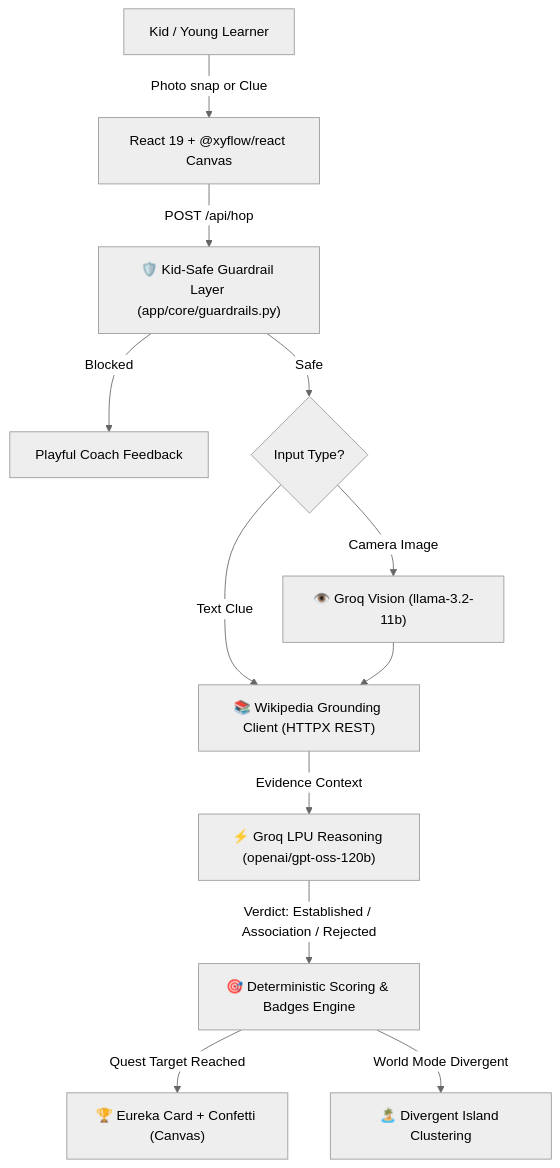
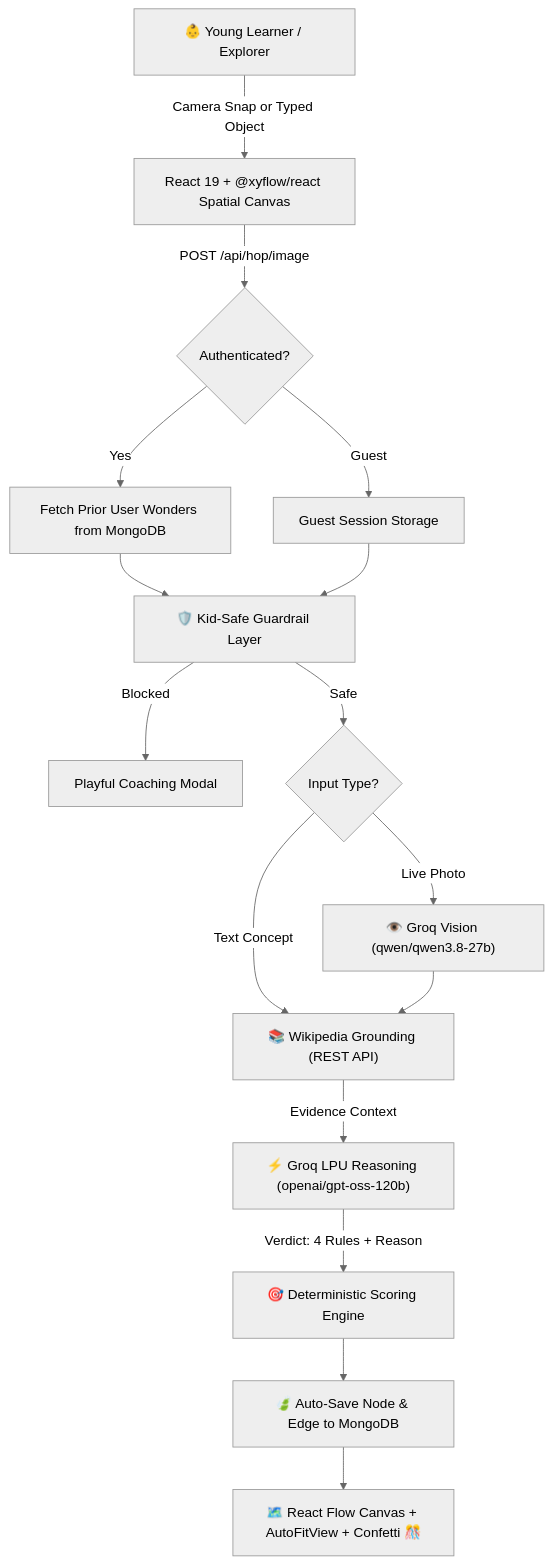
Before and after one commit to hiArpit/SutraVesh: the diagram in README.md, drawn with Mermaid (neutral theme). The commit also changed other lines of this file and 5 other files, not shown here.

Commit message:
docs: comprehensive README update with project screenshots, scoring guide, and MongoDB architecture

````diff
--- a/README.md
+++ b/README.md
@@ -98,18 +195,24 @@
 ```mermaid
 flowchart TD
-    User["Kid / Young Learner"] -->|Photo snap or Clue| Frontend["React 19 + @xyflow/react Canvas"]
-    Frontend -->|POST /api/hop| Guardrail["🛡️ Kid-Safe Guardrail Layer (app/core/guardrails.py)"]
+    User["👶 Young Learner / Explorer"] -->|Camera Snap or Typed Object| Frontend["React 19 + @xyflow/react Spatial Canvas"]
     
-    Guardrail -->|Blocked| BlockedUI["Playful Coach Feedback"]
+    Frontend -->|POST /api/hop/image| AuthCheck{"Authenticated?"}
+    AuthCheck -->|Yes| MongoContext["Fetch Prior User Wonders from MongoDB"]
+    AuthCheck -->|Guest| LocalContext["Guest Session Storage"]
+    
+    MongoContext --> Guardrail["🛡️ Kid-Safe Guardrail Layer"]
+    LocalContext --> Guardrail
+    
+    Guardrail -->|Blocked| SafeFeedback["Playful Coaching Modal"]
     Guardrail -->|Safe| VisionReasoning{"Input Type?"}
     
-    VisionReasoning -->|Camera Image| GroqVision["👁️ Groq Vision (llama-3.2-11b)"]
-    VisionReasoning -->|Text Clue| WikiGrounding
-    GroqVision --> WikiGrounding["📚 Wikipedia Grounding Client (HTTPX REST)"]
+    VisionReasoning -->|Live Photo| GroqVision["👁️ Groq Vision (qwen/qwen3.8-27b)"]
+    VisionReasoning -->|Text Concept| WikiGrounding
+    GroqVision --> WikiGrounding["📚 Wikipedia Grounding (REST API)"]
     
     WikiGrounding -->|Evidence Context| GroqReasoning["⚡ Groq LPU Reasoning (openai/gpt-oss-120b)"]
-    GroqReasoning -->|Verdict: Established / Association / Rejected| Scoring["🎯 Deterministic Scoring & Badges Engine"]
+    GroqReasoning -->|Verdict: 4 Rules + Reason| Scoring["🎯 Deterministic Scoring Engine"]
     
-    Scoring -->|Quest Target Reached| Eureka["🏆 Eureka Card + Confetti (Canvas)"]
-    Scoring -->|World Mode Divergent| Island["🏝️ Divergent Island Clustering"]
+    Scoring --> AutoSave["🍃 Auto-Save Node & Edge to MongoDB"]
+    AutoSave --> Canvas["🗺️ React Flow Canvas + AutoFitView + Confetti 🎊"]
 ```
````
